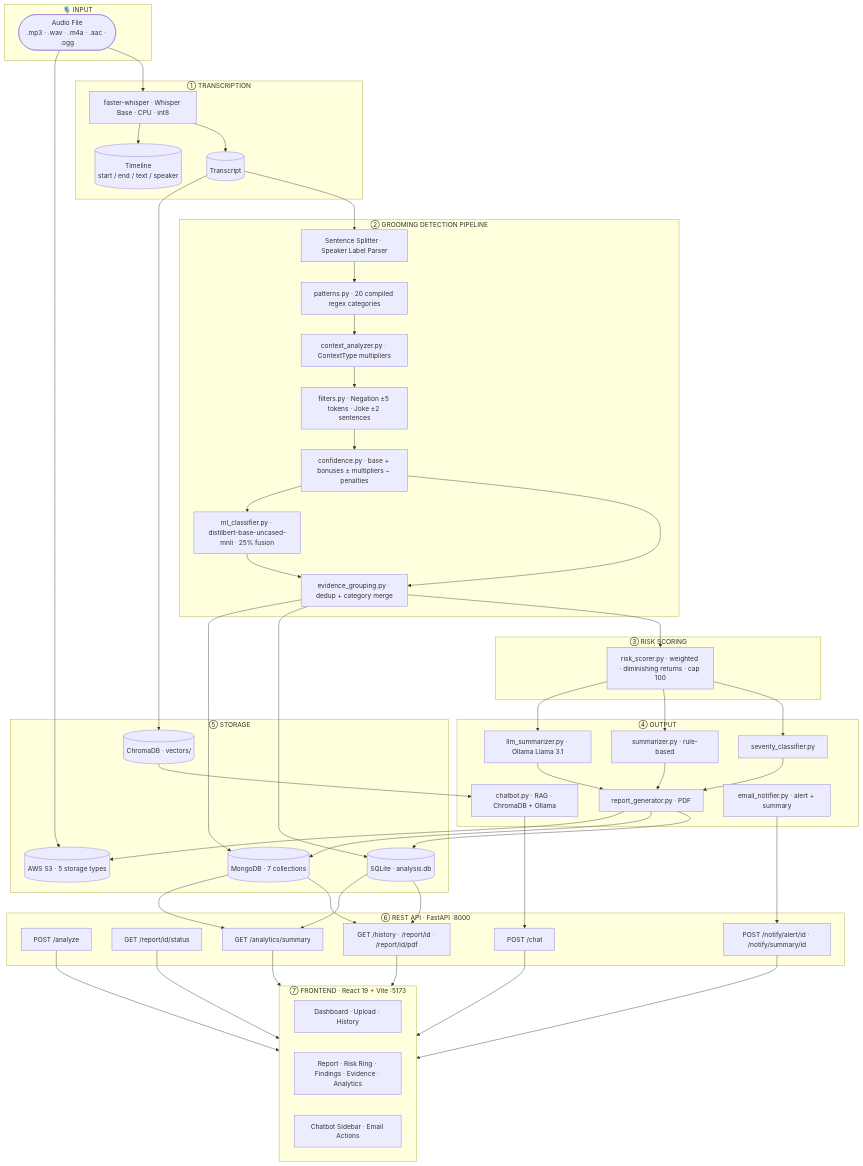
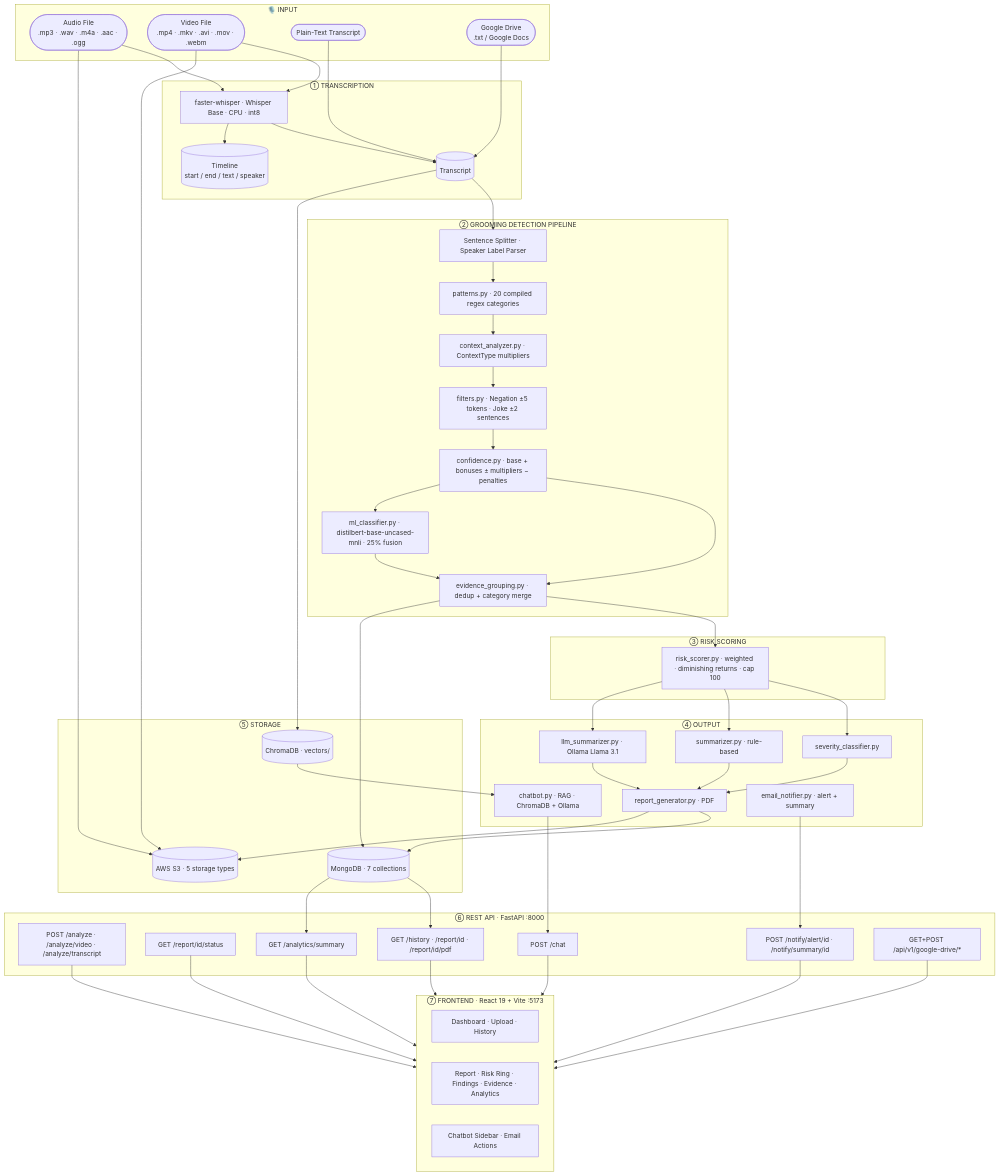
One commit to umangjzx/transcript-Analysis changed the diagram in README.md. Above: the diagram before and after it, drawn with Mermaid. The commit also changed other lines of this file and 14 other files, not shown here.

````diff
--- a/README.md
+++ b/README.md
@@ -23,71 +24,77 @@
 ```mermaid
 flowchart TD
     subgraph INPUT["🎙️ INPUT"]
-        A([Audio File\n.mp3 · .wav · .m4a · .aac · .ogg])
+        A1([Audio File\n.mp3 · .wav · .m4a · .aac · .ogg])
+        A2([Video File\n.mp4 · .mkv · .avi · .mov · .webm])
+        A3([Plain-Text Transcript])
+        A4([Google Drive\n.txt / Google Docs])
     end
 
     subgraph TRANSCRIPTION["① TRANSCRIPTION"]
         T1[faster-whisper · Whisper Base · CPU · int8]
         T2[(Transcript)]
         T3[(Timeline\nstart / end / text / speaker)]
     end
 
     subgraph DETECTION["② GROOMING DETECTION PIPELINE"]
         SP[Sentence Splitter · Speaker Label Parser]
         PAT[patterns.py · 20 compiled regex categories]
         CTX[context_analyzer.py · ContextType multipliers]
         FIL[filters.py · Negation ±5 tokens · Joke ±2 sentences]
         CONF[confidence.py · base + bonuses ± multipliers − penalties]
         ML[ml_classifier.py · distilbert-base-uncased-mnli · 25% fusion]
         EG[evidence_grouping.py · dedup + category merge]
     end
 
     subgraph RISK["③ RISK SCORING"]
         RS[risk_scorer.py · weighted · diminishing returns · cap 100]
     end
 
     subgraph OUTPUT["④ OUTPUT"]
         SV[severity_classifier.py]
         SUM[summarizer.py · rule-based]
         LLM[llm_summarizer.py · Ollama Llama 3.1]
         PDF[report_generator.py · PDF]
         BOT[chatbot.py · RAG · ChromaDB + Ollama]
         EMAIL[email_notifier.py · alert + summary]
     end
 
     subgraph STORAGE["⑤ STORAGE"]
-        DB[(SQLite · analysis.db)]
-        MDB[(MongoDB · 7 collections)]
+        DB[(MongoDB · 7 collections)]
         S3[(AWS S3 · 5 storage types)]
         VEC[(ChromaDB · vectors/)]
     end
 
     subgraph API["⑥ REST API · FastAPI :8000"]
-        EP1[POST /analyze]
+        EP1[POST /analyze · /analyze/video · /analyze/transcript]
         EP2[GET /report/id/status]
         EP3[GET /history · /report/id · /report/id/pdf]
         EP4[POST /chat]
         EP5[POST /notify/alert/id · /notify/summary/id]
         EP6[GET /analytics/summary]
+        EP7[GET+POST /api/v1/google-drive/*]
     end
 
     subgraph FRONTEND["⑦ FRONTEND · React 19 + Vite :5173"]
         FE1[Dashboard · Upload · History]
         FE2[Report · Risk Ring · Findings · Evidence · Analytics]
         FE3[Chatbot Sidebar · Email Actions]
     end
 
-    A --> T1 --> T2 & T3
+    A1 --> T1 --> T2 & T3
+    A2 --> T1
+    A3 --> T2
+    A4 --> T2
     T2 --> SP --> PAT --> CTX --> FIL --> CONF --> EG
     CONF --> ML --> EG
     EG --> RS --> SV & SUM & LLM
     SV & SUM & LLM --> PDF
-    PDF --> DB & MDB & S3
-    A --> S3
+    PDF --> DB & S3
+    A1 & A2 --> S3
     T2 --> VEC --> BOT
-    EG --> DB & MDB
-    DB & MDB --> EP3 & EP6
+    EG --> DB
+    DB --> EP3 & EP6
     BOT --> EP4
     EMAIL --> EP5
-    EP1 & EP2 & EP3 & EP4 & EP5 & EP6 --> FRONTEND
+    EP1 & EP2 & EP3 & EP4 & EP5 & EP6 & EP7 --> FRONTEND
 ```
````
